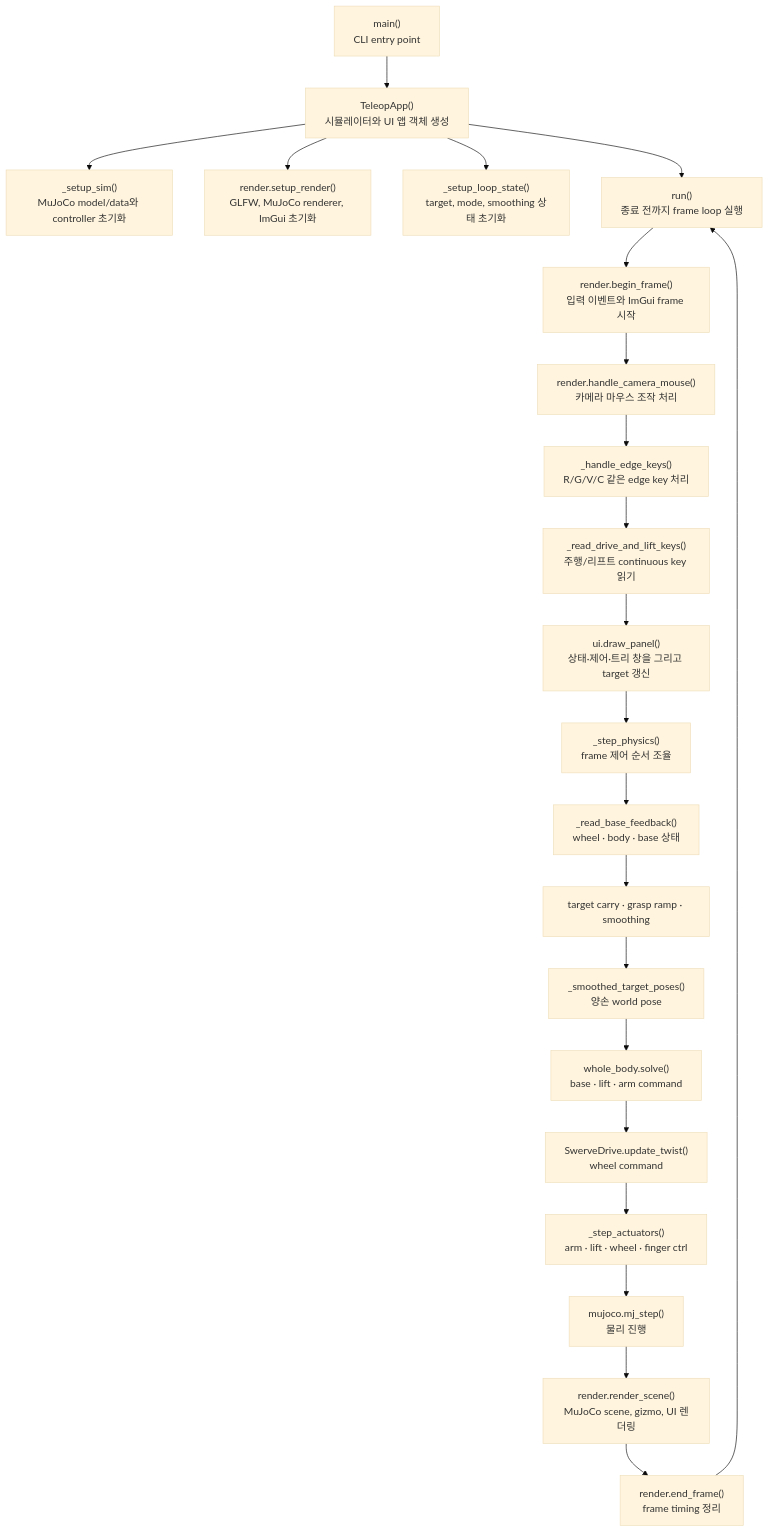
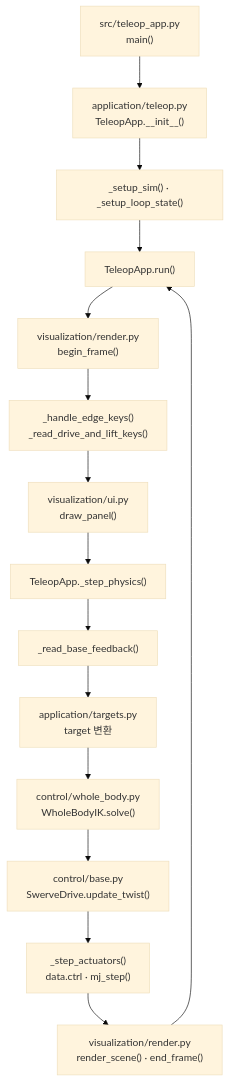
Before and after one commit to Geonhee-LEE/aiworker-mj-lab: the first of 2 diagrams in docs/guide/teleop_app.md, drawn with Mermaid (base theme). The commit also changed other lines of this file and 54 other files, not shown here.

````diff
--- a/docs/guide/teleop_app.md
+++ b/docs/guide/teleop_app.md
@@ -82,24 +23,17 @@
 ```mermaid
 flowchart TD
-    A["main()<br>CLI entry point"] --> B["TeleopApp()<br>시뮬레이터와 UI 앱 객체 생성"]
-    B --> C["_setup_sim()<br>MuJoCo model/data와 controller 초기화"]
-    B --> D["render.setup_render()<br>GLFW, MuJoCo renderer, ImGui 초기화"]
-    B --> E["_setup_loop_state()<br>target, mode, smoothing 상태 초기화"]
-    B --> F["run()<br>종료 전까지 frame loop 실행"]
-    F --> G["render.begin_frame()<br>입력 이벤트와 ImGui frame 시작"]
-    G --> H["render.handle_camera_mouse()<br>카메라 마우스 조작 처리"]
-    H --> I["_handle_edge_keys()<br>R/G/V/C 같은 edge key 처리"]
-    I --> J["_read_drive_and_lift_keys()<br>주행/리프트 continuous key 읽기"]
-    J --> L["ui.draw_panel()<br>상태·제어·트리 창을 그리고 target 갱신"]
-    L --> M["_step_physics()<br>frame 제어 순서 조율"]
-    M --> N["_read_base_feedback()<br>wheel · body · base 상태"]
-    N --> O["target carry · grasp ramp · smoothing"]
-    O --> P["_smoothed_target_poses()<br>양손 world pose"]
-    P --> Q["whole_body.solve()<br>base · lift · arm command"]
-    Q --> R["SwerveDrive.update_twist()<br>wheel command"]
-    R --> S["_step_actuators()<br>arm · lift · wheel · finger ctrl"]
-    S --> V["mujoco.mj_step()<br>물리 진행"]
-    V --> T["render.render_scene()<br>MuJoCo scene, gizmo, UI 렌더링"]
-    T --> U["render.end_frame()<br>frame timing 정리"]
-    U --> F
+    MAIN["src/teleop_app.py<br>main()"] --> APP["application/teleop.py<br>TeleopApp.__init__()"]
+    APP --> SETUP["_setup_sim() · _setup_loop_state()"]
+    SETUP --> RUN["TeleopApp.run()"]
+    RUN --> BEGIN["visualization/render.py<br>begin_frame()"]
+    BEGIN --> INPUT["_handle_edge_keys()<br>_read_drive_and_lift_keys()"]
+    INPUT --> UI["visualization/ui.py<br>draw_panel()"]
+    UI --> STEP["TeleopApp._step_physics()"]
+    STEP --> FEEDBACK["_read_base_feedback()"]
+    FEEDBACK --> TARGET["application/targets.py<br>target 변환"]
+    TARGET --> IK["control/whole_body.py<br>WholeBodyIK.solve()"]
+    IK --> BASE["control/base.py<br>SwerveDrive.update_twist()"]
+    BASE --> ACT["_step_actuators()<br>data.ctrl · mj_step()"]
+    ACT --> RENDER["visualization/render.py<br>render_scene() · end_frame()"]
+    RENDER --> RUN
 ```
````
